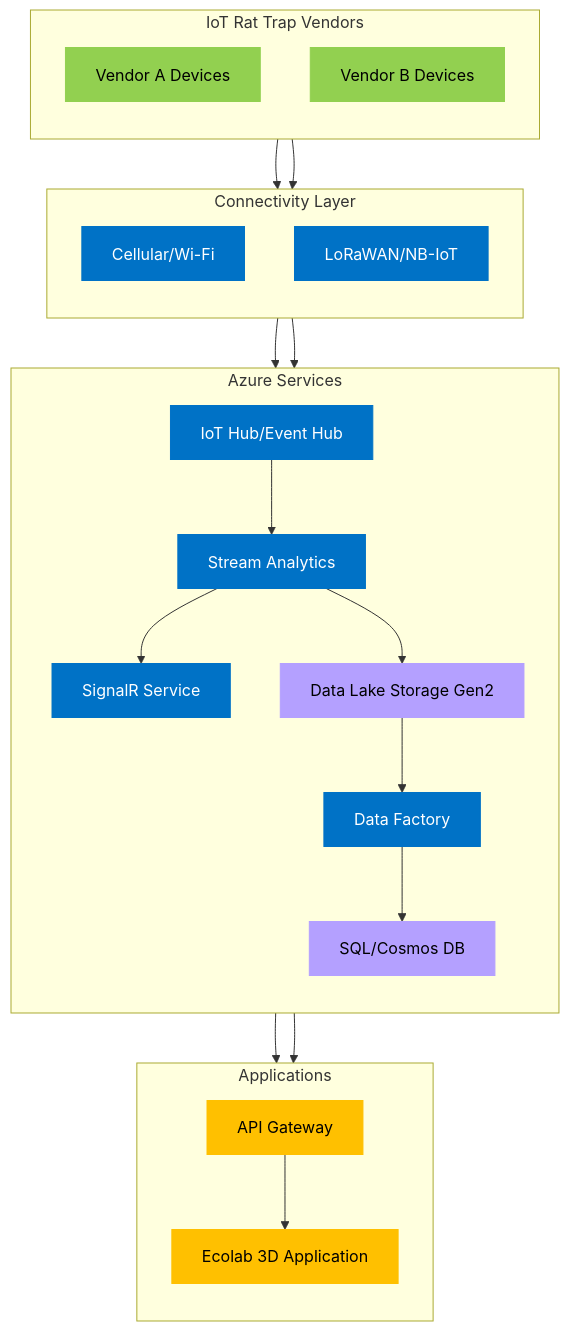
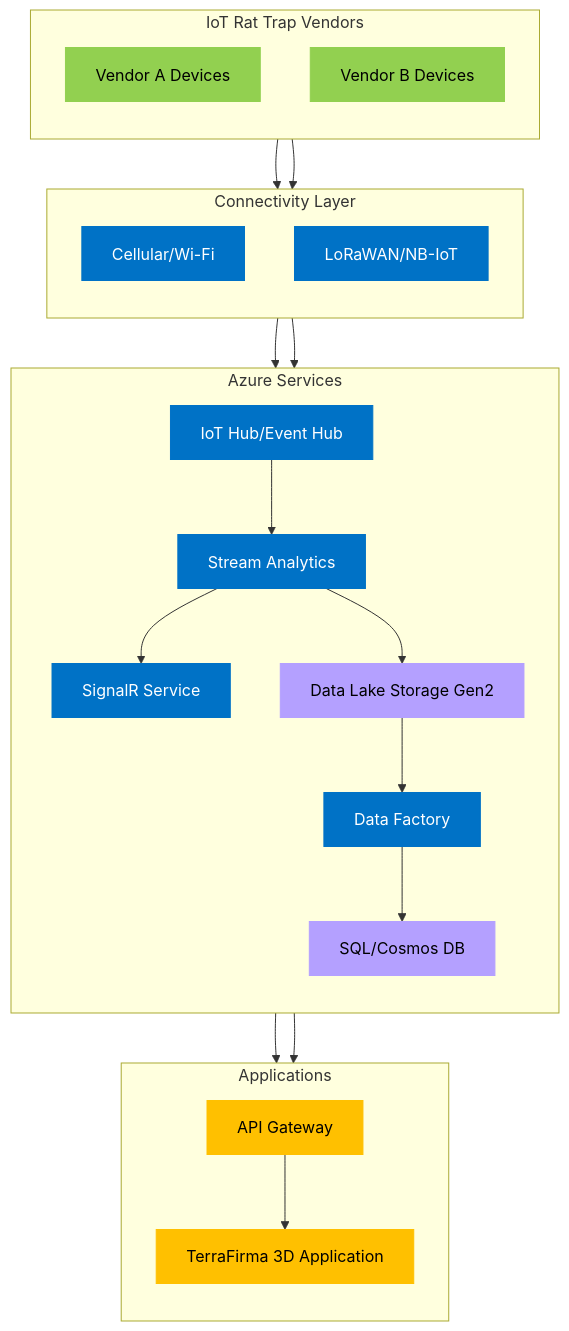
One commit to zerospeak/Ecolab-POC-Deux changed the diagram in README.md. Above: the diagram before and after it, drawn with Mermaid. The commit also changed other lines of this file, not shown here.

````diff
--- a/README.md
+++ b/README.md
@@ -18,47 +18,47 @@
 ```mermaid
 flowchart TD
     classDef azure fill:#0072C6,color:#fff,stroke:#0072C6
     classDef vendor fill:#92D050,color:#000,stroke:#92D050
     classDef storage fill:#B4A0FF,color:#000,stroke:#B4A0FF
     classDef app fill:#FFC000,color:#000,stroke:#FFC000
 
     subgraph Vendors["IoT Rat Trap Vendors"]
         direction TB
         VA["Vendor A Devices"]:::vendor
         VB["Vendor B Devices"]:::vendor
     end
 
     subgraph Connectivity["Connectivity Layer"]
         direction TB
         C1["Cellular/Wi-Fi"]:::azure
         C2["LoRaWAN/NB-IoT"]:::azure
     end
 
     subgraph AzureServices["Azure Services"]
         direction TB
         IH["IoT Hub/Event Hub"]:::azure
         SA["Stream Analytics"]:::azure
         DF["Data Factory"]:::azure
         SS["SignalR Service"]:::azure
         ADLS["Data Lake Storage Gen2"]:::storage
         DB["SQL/Cosmos DB"]:::storage
     end
 
     subgraph Applications["Applications"]
         direction TB
         API["API Gateway"]:::app
-        ECOLAB["Ecolab 3D Application"]:::app
+        TerraFirma["TerraFirma 3D Application"]:::app
     end
 
     VA --> C1
     VB --> C2
     C1 & C2 --> IH
     IH --> SA
     SA --> SS
     SA --> ADLS
     ADLS --> DF
     DF --> DB
     DB --> API
     SS --> API
-    API --> ECOLAB
+    API --> TerraFirma
 ```
````
